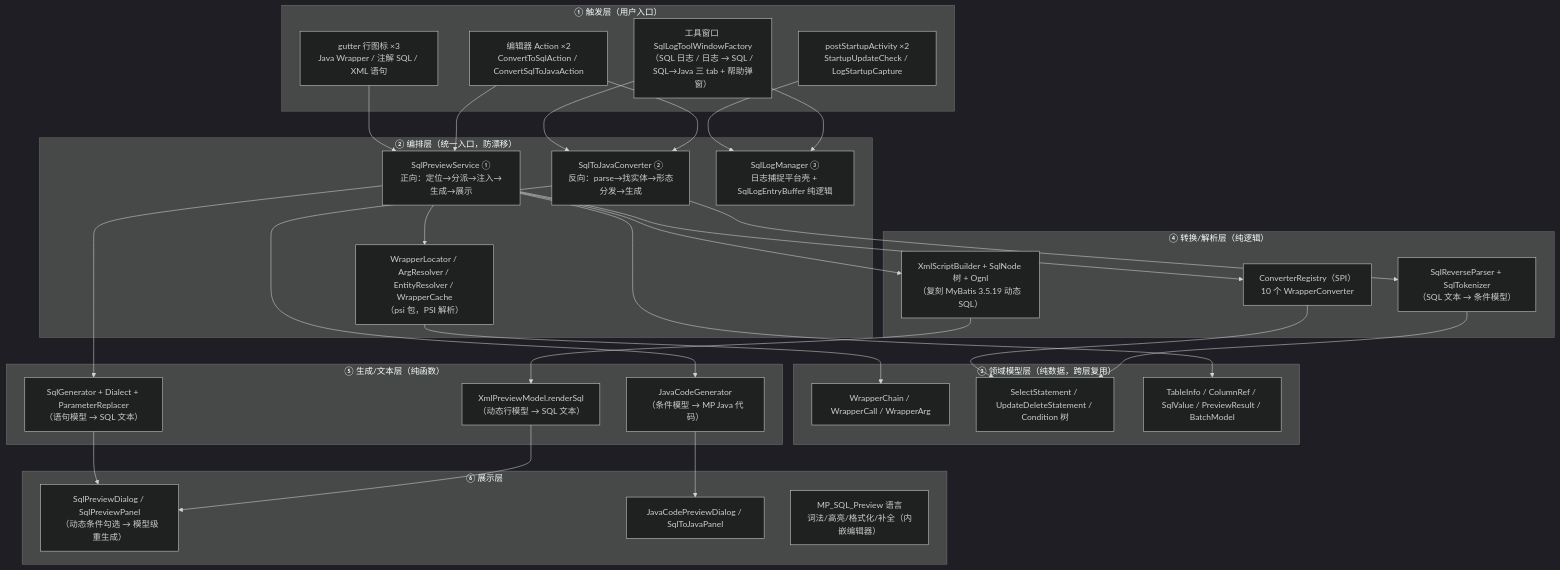
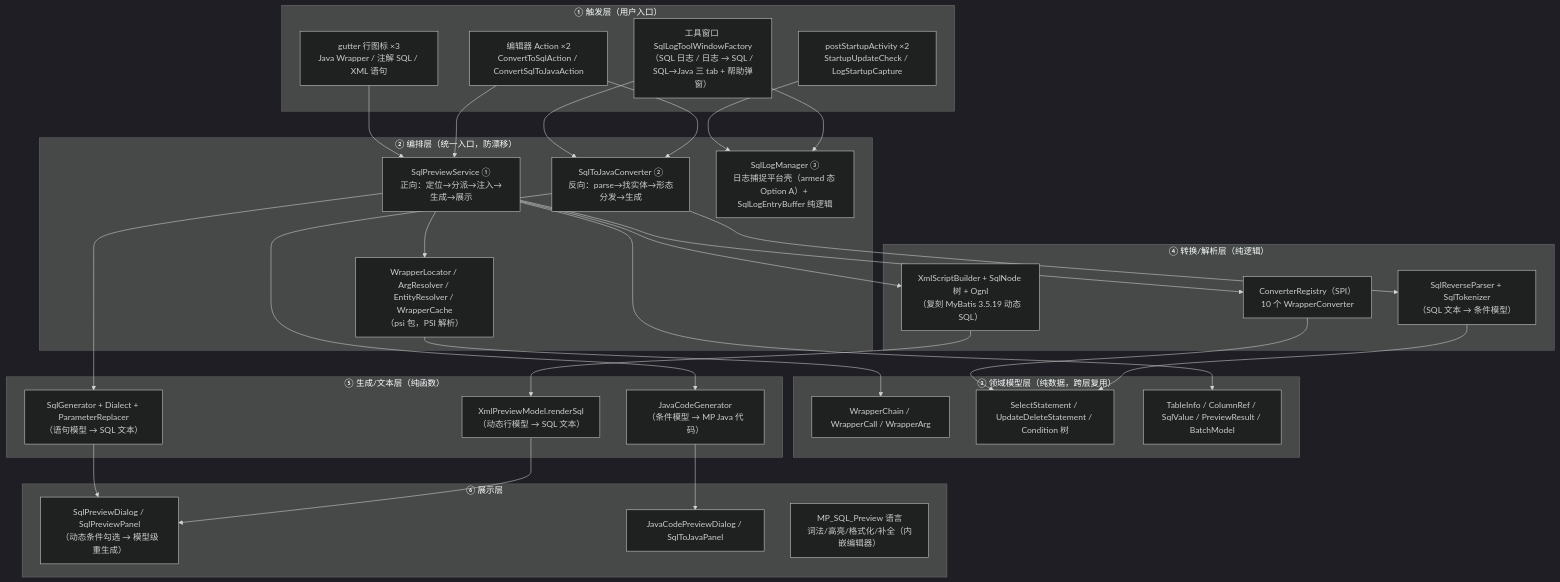
Before and after one commit to JayF211/mybatis-plus-sql-visualizer: the second of 5 diagrams in docs/架构设计/01-项目架构总览.md, drawn with Mermaid (dark theme). The commit also changed other lines of this file and 3 other files, not shown here.

````diff
--- a/docs/架构设计/01-项目架构总览.md
+++ b/docs/架构设计/01-项目架构总览.md
@@ -56,61 +56,61 @@
 ```mermaid
 flowchart TD
     subgraph L1["① 触发层（用户入口）"]
         E1["gutter 行图标 ×3<br/>Java Wrapper / 注解 SQL / XML 语句"]
         E2["编辑器 Action ×2<br/>ConvertToSqlAction / ConvertSqlToJavaAction"]
         E3["工具窗口 SqlLogToolWindowFactory<br/>（SQL 日志 / 日志 → SQL / SQL→Java 三 tab + 帮助弹窗）"]
         E4["postStartupActivity ×2<br/>StartupUpdateCheck / LogStartupCapture"]
     end
 
     subgraph L2["② 编排层（统一入口，防漂移）"]
         S1["SqlPreviewService ①<br/>正向：定位→分派→注入→生成→展示"]
         S2["SqlToJavaConverter ②<br/>反向：parse→找实体→形态分发→生成"]
-        S3["SqlLogManager ③<br/>日志捕捉平台壳 + SqlLogEntryBuffer 纯逻辑"]
+        S3["SqlLogManager ③<br/>日志捕捉平台壳（armed 态 Option A）+ SqlLogEntryBuffer 纯逻辑"]
         S4["WrapperLocator / ArgResolver / EntityResolver / WrapperCache<br/>（psi 包，PSI 解析）"]
     end
 
     subgraph L3["③ 领域模型层（纯数据，跨层复用）"]
         M1["WrapperChain / WrapperCall / WrapperArg"]
         M2["SelectStatement / UpdateDeleteStatement / Condition 树"]
         M3["TableInfo / ColumnRef / SqlValue / PreviewResult / BatchModel"]
     end
 
     subgraph L4["④ 转换/解析层（纯逻辑）"]
         C1["ConverterRegistry（SPI）<br/>10 个 WrapperConverter"]
         C2["SqlReverseParser + SqlTokenizer<br/>（SQL 文本 → 条件模型）"]
         C3["XmlScriptBuilder + SqlNode 树 + Ognl<br/>（复刻 MyBatis 3.5.19 动态 SQL）"]
     end
 
     subgraph L5["⑤ 生成/文本层（纯函数）"]
         G1["SqlGenerator + Dialect + ParameterReplacer<br/>（语句模型 → SQL 文本）"]
         G2["JavaCodeGenerator<br/>（条件模型 → MP Java 代码）"]
         G3["XmlPreviewModel.renderSql<br/>（动态行模型 → SQL 文本）"]
     end
 
     subgraph L6["⑥ 展示层"]
         U1["SqlPreviewDialog / SqlPreviewPanel<br/>（动态条件勾选 → 模型级重生成）"]
         U2["JavaCodePreviewDialog / SqlToJavaPanel"]
         U3["MP_SQL_Preview 语言<br/>词法/高亮/格式化/补全（内嵌编辑器）"]
     end
 
     E1 --> S1
     E2 --> S1
     E4 --> S3
     E3 --> S3
     E3 --> S2
     E2 --> S2
     S1 --> S4
     S4 --> M1
     S1 --> C1
     C1 --> M2
     S1 --> G1
     G1 --> U1
     S1 --> C3
     C3 --> G3
     G3 --> U1
     S2 --> C2
     C2 --> M2
     S2 --> G2
     G2 --> U2
     S1 --> M3
 ```
````
